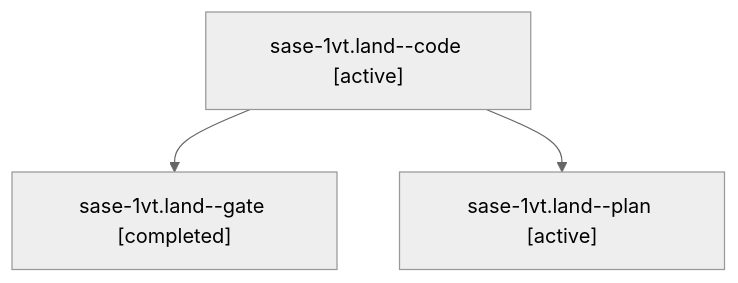
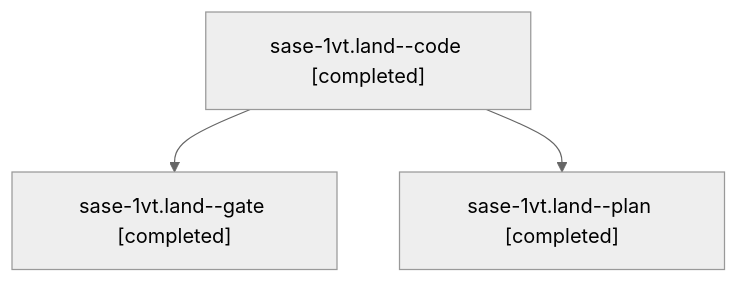
One commit to sase-org/sase--agents changed the diagram in sessions/bbugyi200.athena.sase-1vt.land.md. Above: the diagram before and after it, drawn with Mermaid (neutral theme). The commit also changed other lines of this file and 19 other files, not shown here.

````diff
--- a/sessions/bbugyi200.athena.sase-1vt.land.md
+++ b/sessions/bbugyi200.athena.sase-1vt.land.md
@@ -9,8 +9,8 @@
 ```mermaid
 flowchart TD
-  n0["sase-1vt.land--code [active]"]
+  n0["sase-1vt.land--code [completed]"]
   n1["sase-1vt.land--gate [completed]"]
   n0 --> n1
-  n2["sase-1vt.land--plan [active]"]
+  n2["sase-1vt.land--plan [completed]"]
   n0 --> n2
 ```
````
